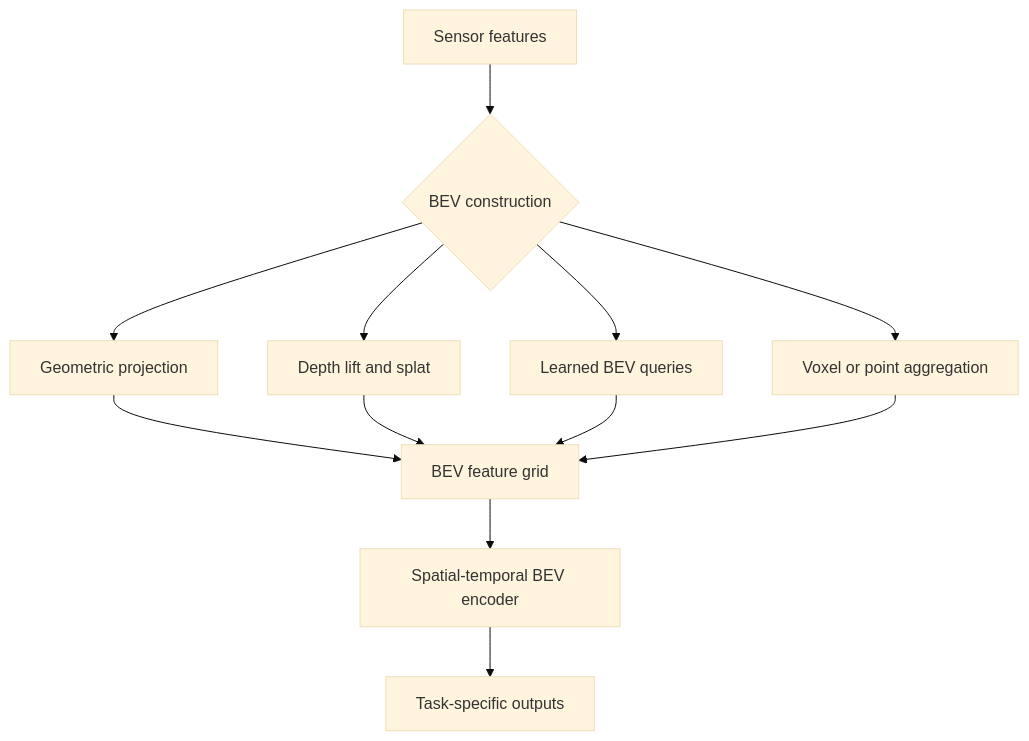
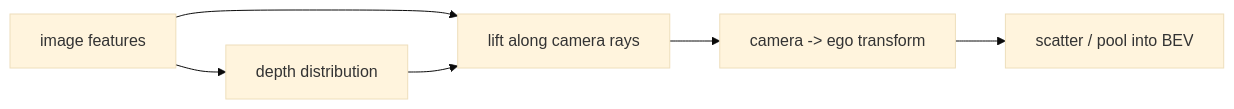
Before and after one commit to abhishekkumardwivedi/abhishekkumardwivedi.github.io: the diagram in src/content/docs/articles/bev-model-selection.md, drawn with Mermaid (base theme). The commit also changed other lines of this file and 14 other files, not shown here.

````diff
--- a/src/content/docs/articles/bev-model-selection.md
+++ b/src/content/docs/articles/bev-model-selection.md
@@ -12,14 +127,8 @@
 ```mermaid
-flowchart TD
-    A["Sensor features"] --> B{"BEV construction"}
-    B --> C["Geometric projection"]
-    B --> D["Depth lift and splat"]
-    B --> E["Learned BEV queries"]
-    B --> F["Voxel or point aggregation"]
-    C --> G["BEV feature grid"]
-    D --> G
-    E --> G
-    F --> G
-    G --> H["Spatial-temporal BEV encoder"]
-    H --> I["Task-specific outputs"]
+flowchart LR
+    I["image features"] --> D["depth distribution"]
+    I --> L["lift along camera rays"]
+    D --> L
+    L --> X["camera -> ego transform"]
+    X --> S["scatter / pool into BEV"]
 ```
````
